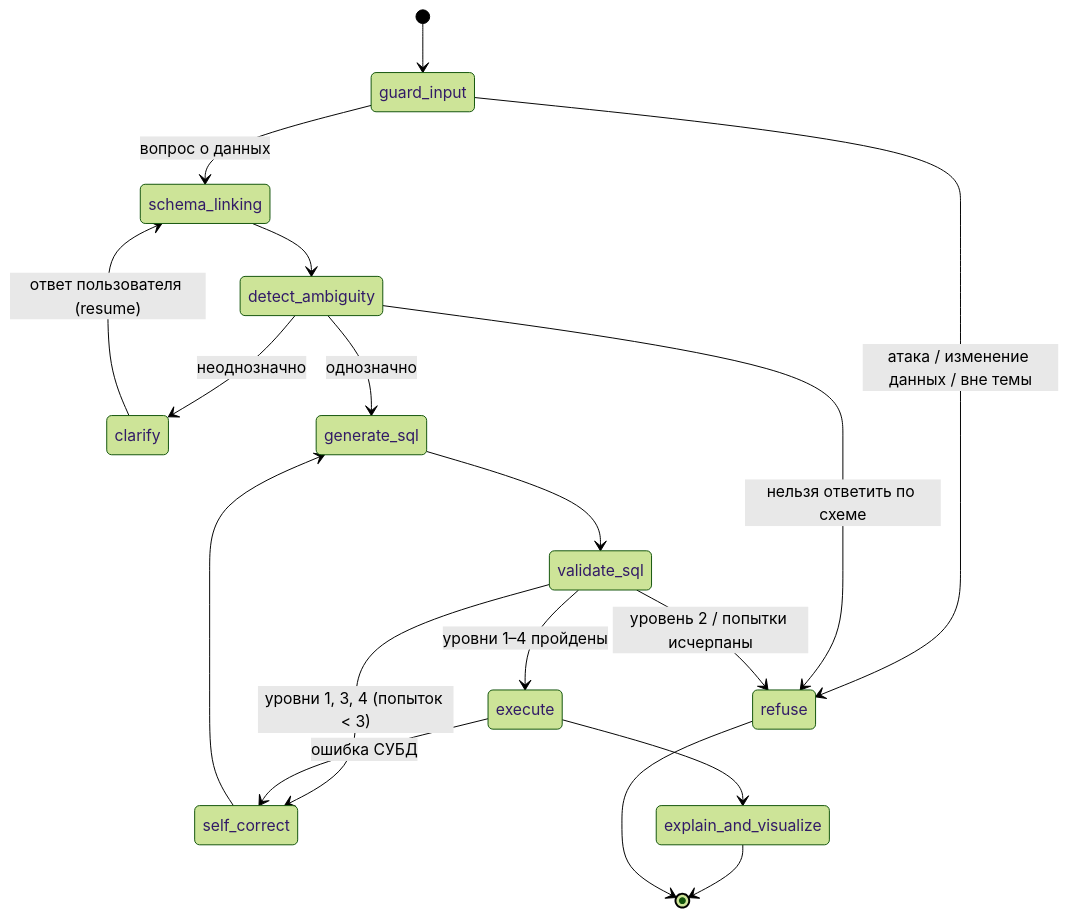
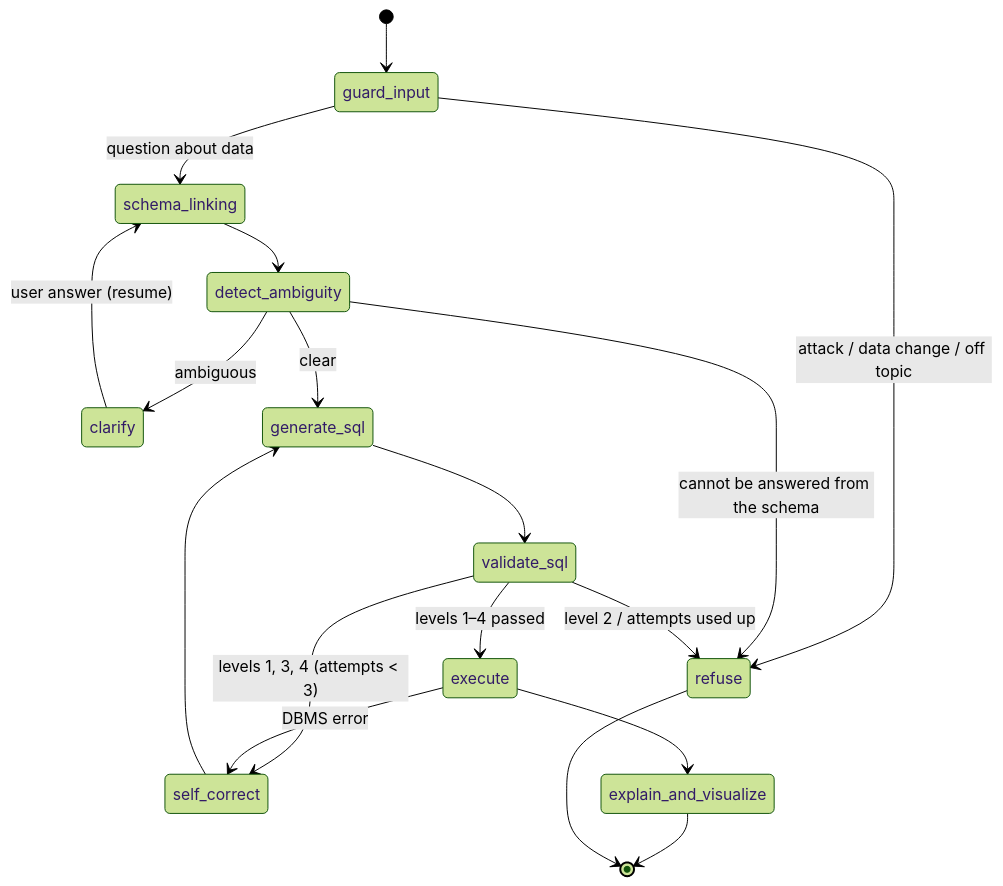
The diagram in docs/diagrams/agent_graph.mmd (Abegerov4/Suhbat2DB), drawn with Mermaid (forest theme) before and after one commit. The commit also changed 41 other files, not shown here.

First line of the commit message:
DIP-40: Translate documentation and diagrams into English

```diff
--- a/docs/diagrams/agent_graph.mmd
+++ b/docs/diagrams/agent_graph.mmd
@@ -1,19 +1,19 @@
-%% Граф агента (упрощённо). Полная версия, сгенерированная из кода, — docs/graph.md
+%% Agent graph (simplified). The full version generated from the code is in docs/graph.md
 stateDiagram-v2
     [*] --> guard_input
-    guard_input --> refuse: атака / изменение данных / вне темы
-    guard_input --> schema_linking: вопрос о данных
+    guard_input --> refuse: attack / data change / off topic
+    guard_input --> schema_linking: question about data
     schema_linking --> detect_ambiguity
-    detect_ambiguity --> clarify: неоднозначно
-    clarify --> schema_linking: ответ пользователя (resume)
-    detect_ambiguity --> generate_sql: однозначно
-    detect_ambiguity --> refuse: нельзя ответить по схеме
+    detect_ambiguity --> clarify: ambiguous
+    clarify --> schema_linking: user answer (resume)
+    detect_ambiguity --> generate_sql: clear
+    detect_ambiguity --> refuse: cannot be answered from the schema
     generate_sql --> validate_sql
-    validate_sql --> self_correct: уровни 1, 3, 4 (попыток < 3)
-    validate_sql --> refuse: уровень 2 / попытки исчерпаны
-    validate_sql --> execute: уровни 1–4 пройдены
+    validate_sql --> self_correct: levels 1, 3, 4 (attempts < 3)
+    validate_sql --> refuse: level 2 / attempts used up
+    validate_sql --> execute: levels 1–4 passed
     self_correct --> generate_sql
-    execute --> self_correct: ошибка СУБД
+    execute --> self_correct: DBMS error
     execute --> explain_and_visualize
     explain_and_visualize --> [*]
     refuse --> [*]
```
